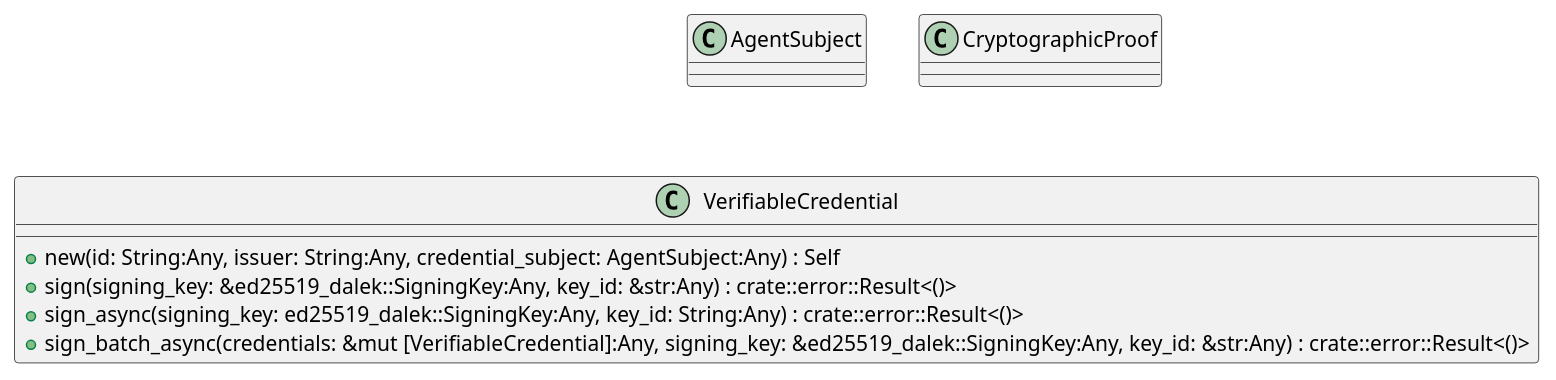
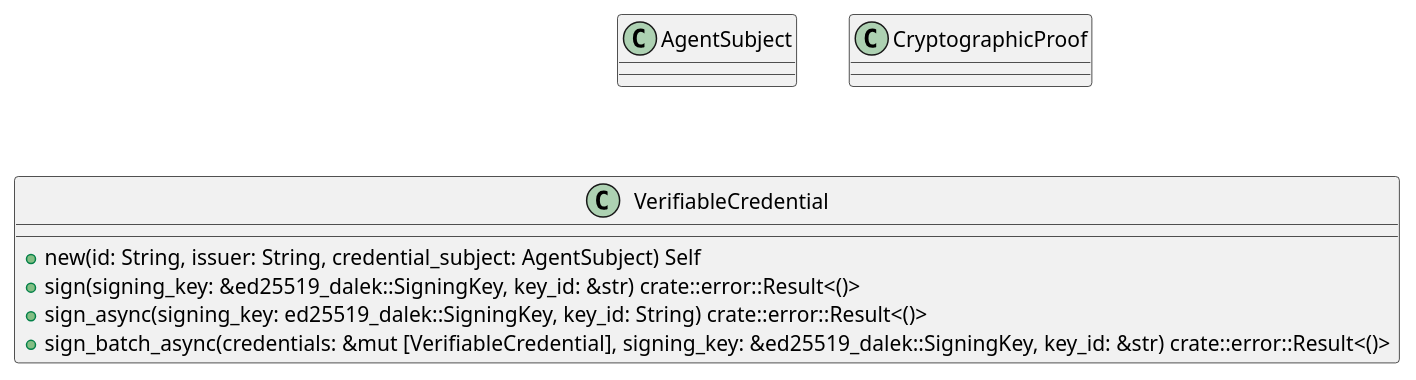
The first of 6 diagrams in openwiki/crates_factory_core_src_security_nhi.md (lgcorzo/rust_CACD_autonomous_factory), drawn with PlantUML before and after one commit. The commit also changed other lines of this file and 97 other files, not shown here.

First line of the commit message:
Fix Rust AST parsing for method and function parameters, and update OKF UML frontmatter

````diff
--- a/openwiki/crates_factory_core_src_security_nhi.md
+++ b/openwiki/crates_factory_core_src_security_nhi.md
@@ -217,15 +222,15 @@
 ```plantuml
 @startuml
 class AgentSubject {
 }
 class CryptographicProof {
 }
 class VerifiableCredential {
-    +new(id: String:Any, issuer: String:Any, credential_subject: AgentSubject:Any) : Self
-    +sign(signing_key: &ed25519_dalek::SigningKey:Any, key_id: &str:Any) : crate::error::Result<()>
-    +sign_async(signing_key: ed25519_dalek::SigningKey:Any, key_id: String:Any) : crate::error::Result<()>
-    +sign_batch_async(credentials: &mut [VerifiableCredential]:Any, signing_key: &ed25519_dalek::SigningKey:Any, key_id: &str:Any) : crate::error::Result<()>
+    +new(id: String, issuer: String, credential_subject: AgentSubject) Self
+    +sign(signing_key: &ed25519_dalek::SigningKey, key_id: &str) crate::error::Result<()>
+    +sign_async(signing_key: ed25519_dalek::SigningKey, key_id: String) crate::error::Result<()>
+    +sign_batch_async(credentials: &mut [VerifiableCredential], signing_key: &ed25519_dalek::SigningKey, key_id: &str) crate::error::Result<()>
 }
 @enduml
 
 ```
````
